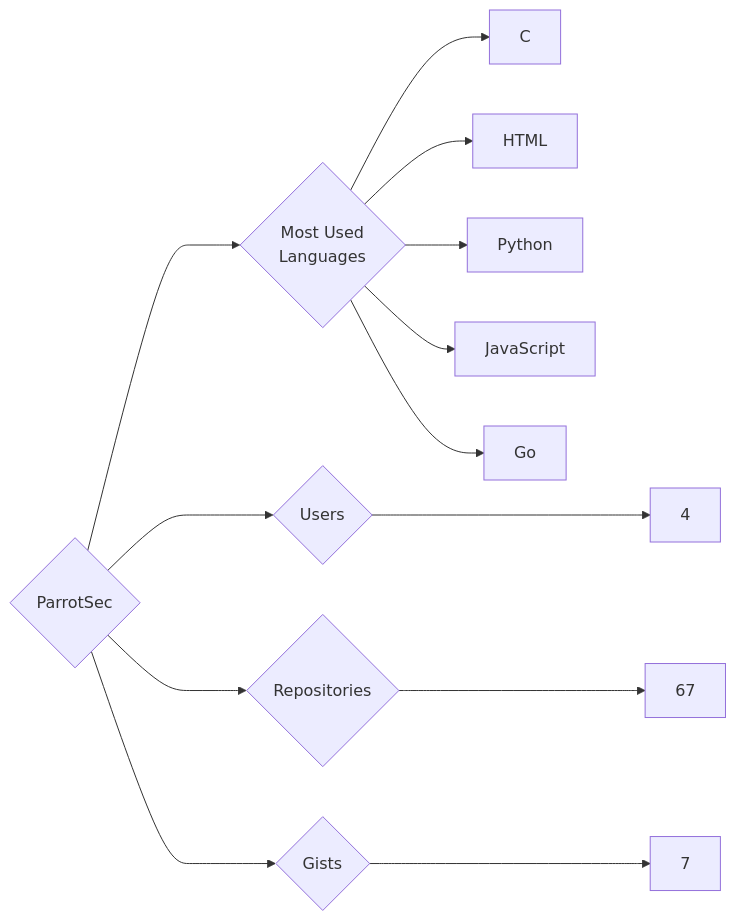
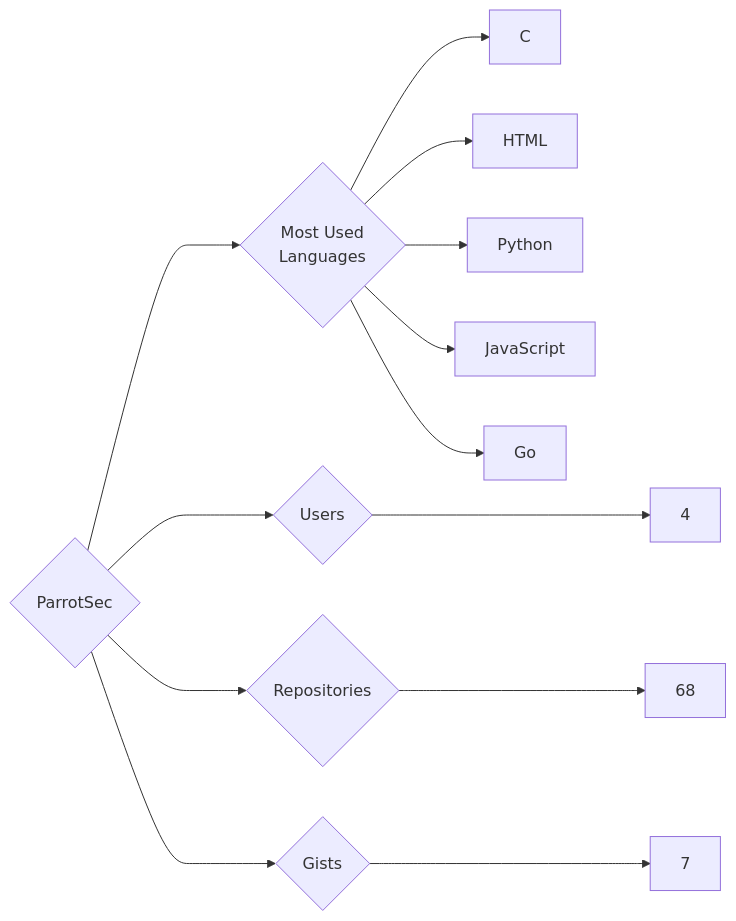
Before and after one commit to trickest/insiders: the diagram in targets/ParrotSec/README.md, drawn with Mermaid. The commit also changed 835 other files, not shown here.

````diff
--- a/targets/ParrotSec/README.md
+++ b/targets/ParrotSec/README.md
@@ -3,13 +3,13 @@
 ```mermaid
 graph LR
 COMPANY_NAME{ParrotSec}
 COMPANY_NAME ---> U{Users} ---> UN[4]
-COMPANY_NAME ---> R{Repositories} ---> RN[67]
+COMPANY_NAME ---> R{Repositories} ---> RN[68]
 COMPANY_NAME ---> G{Gists} ---> GN[7]
 COMPANY_NAME ---> ML{Most Used<br>Languages}
 ML --> C[C]
 ML --> HTML[HTML]
 ML --> Python[Python]
 ML --> JavaScript[JavaScript]
 ML --> Go[Go]
 ```
````
